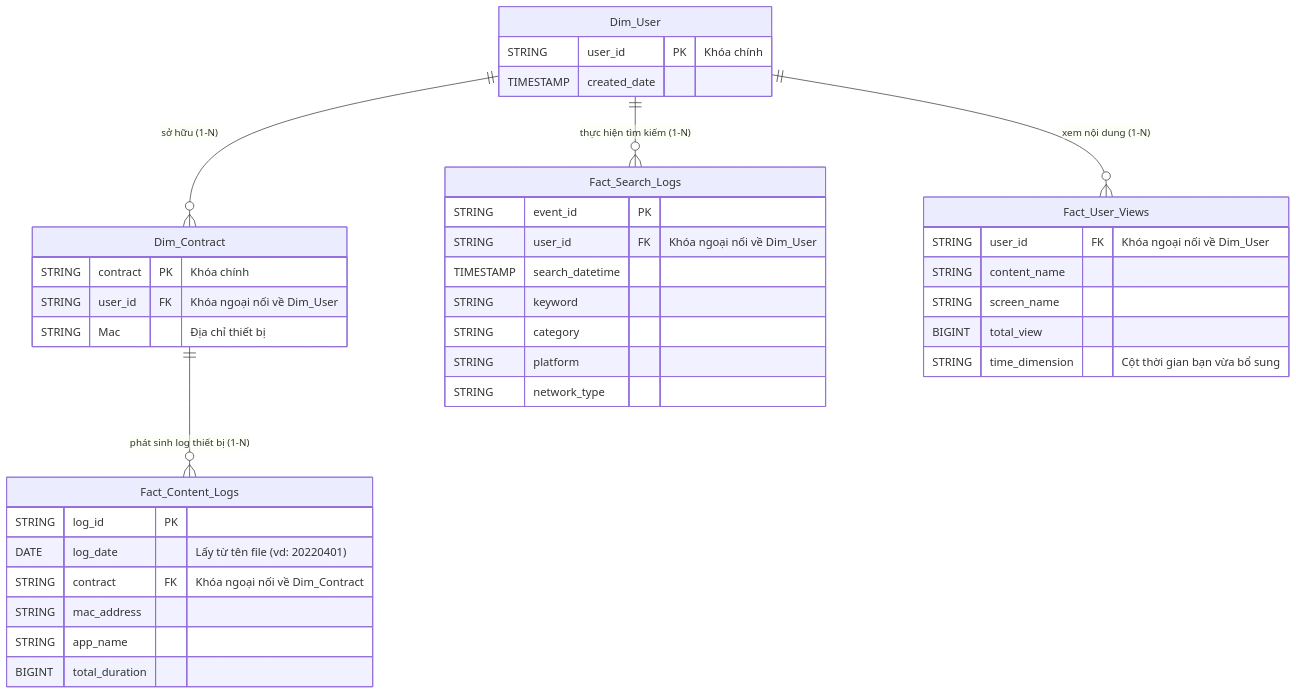
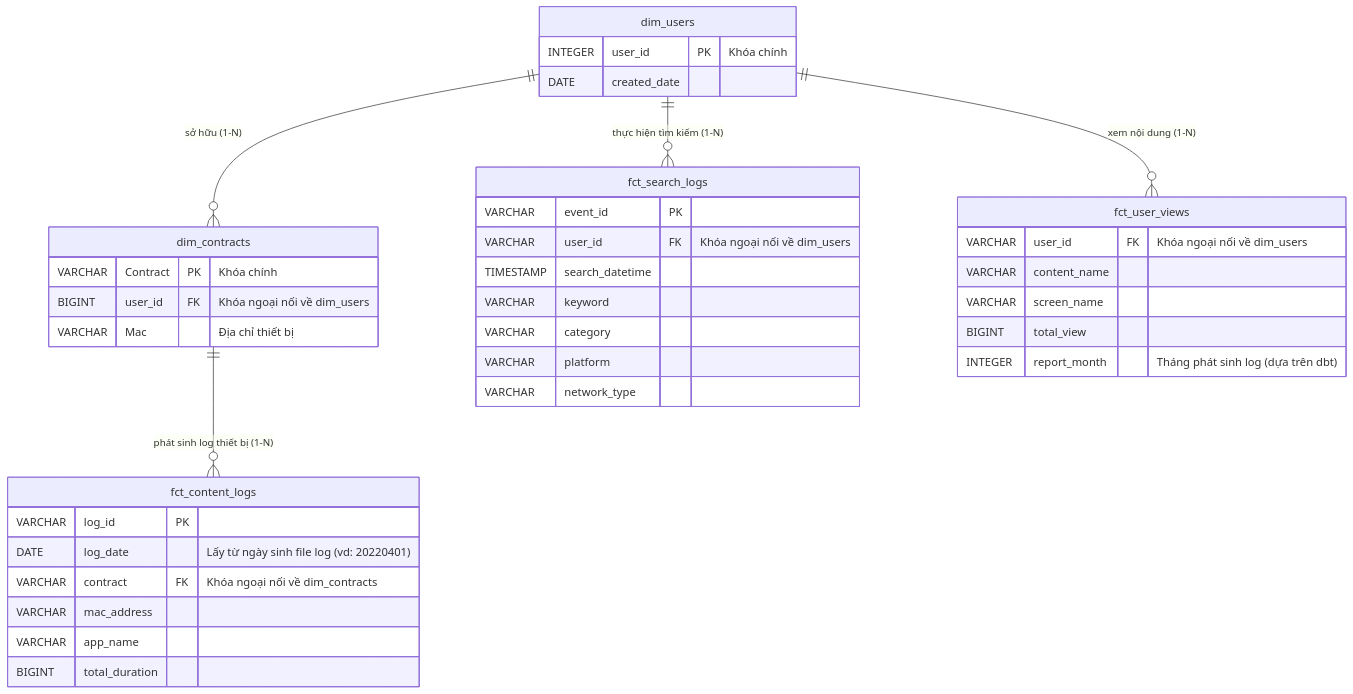
The diagram in local/docs/schema/README.md (hoangf384/Bigdata), drawn with Mermaid before and after one commit.

Commit message:
images: update README.md

````diff
--- a/local/docs/schema/README.md
+++ b/local/docs/schema/README.md
@@ -1,47 +1,47 @@
 ```mermaid
 erDiagram
     %% Định nghĩa các mối quan hệ (Relationships)
-    Dim_User ||--o{ Dim_Contract : "sở hữu (1-N)"
-    Dim_User ||--o{ Fact_Search_Logs : "thực hiện tìm kiếm (1-N)"
-    Dim_User ||--o{ Fact_User_Views : "xem nội dung (1-N)"
-    Dim_Contract ||--o{ Fact_Content_Logs : "phát sinh log thiết bị (1-N)"
+    dim_users ||--o{ dim_contracts : "sở hữu (1-N)"
+    dim_users ||--o{ fct_search_logs : "thực hiện tìm kiếm (1-N)"
+    dim_users ||--o{ fct_user_views : "xem nội dung (1-N)"
+    dim_contracts ||--o{ fct_content_logs : "phát sinh log thiết bị (1-N)"
 
     %% Định nghĩa các bảng (Tables) và cấu trúc cột
-    Dim_User {
-        STRING user_id PK "Khóa chính"
-        TIMESTAMP created_date
+    dim_users {
+        INTEGER user_id PK "Khóa chính"
+        DATE created_date
     }
 
-    Dim_Contract {
-        STRING contract PK "Khóa chính"
-        STRING user_id FK "Khóa ngoại nối về Dim_User"
-        STRING Mac "Địa chỉ thiết bị"
+    dim_contracts {
+        VARCHAR Contract PK "Khóa chính"
+        BIGINT user_id FK "Khóa ngoại nối về dim_users"
+        VARCHAR Mac "Địa chỉ thiết bị"
     }
 
-    Fact_Search_Logs {
-        STRING event_id PK
-        STRING user_id FK "Khóa ngoại nối về Dim_User"
+    fct_search_logs {
+        VARCHAR event_id PK
+        VARCHAR user_id FK "Khóa ngoại nối về dim_users"
         TIMESTAMP search_datetime
-        STRING keyword
-        STRING category
-        STRING platform
-        STRING network_type
+        VARCHAR keyword
+        VARCHAR category
+        VARCHAR platform
+        VARCHAR network_type
     }
 
-    Fact_Content_Logs {
-        STRING log_id PK
-        DATE log_date "Lấy từ tên file (vd: 20220401)"
-        STRING contract FK "Khóa ngoại nối về Dim_Contract"
-        STRING mac_address
-        STRING app_name
+    fct_content_logs {
+        VARCHAR log_id PK
+        DATE log_date "Lấy từ ngày sinh file log (vd: 20220401)"
+        VARCHAR contract FK "Khóa ngoại nối về dim_contracts"
+        VARCHAR mac_address
+        VARCHAR app_name
         BIGINT total_duration
     }
 
-    Fact_User_Views {
-        STRING user_id FK "Khóa ngoại nối về Dim_User"
-        STRING content_name
-        STRING screen_name
+    fct_user_views {
+        VARCHAR user_id FK "Khóa ngoại nối về dim_users"
+        VARCHAR content_name
+        VARCHAR screen_name
         BIGINT total_view
-        STRING time_dimension "Cột thời gian bạn vừa bổ sung"
+        INTEGER report_month "Tháng phát sinh log (dựa trên dbt)"
     }
 ```
````
